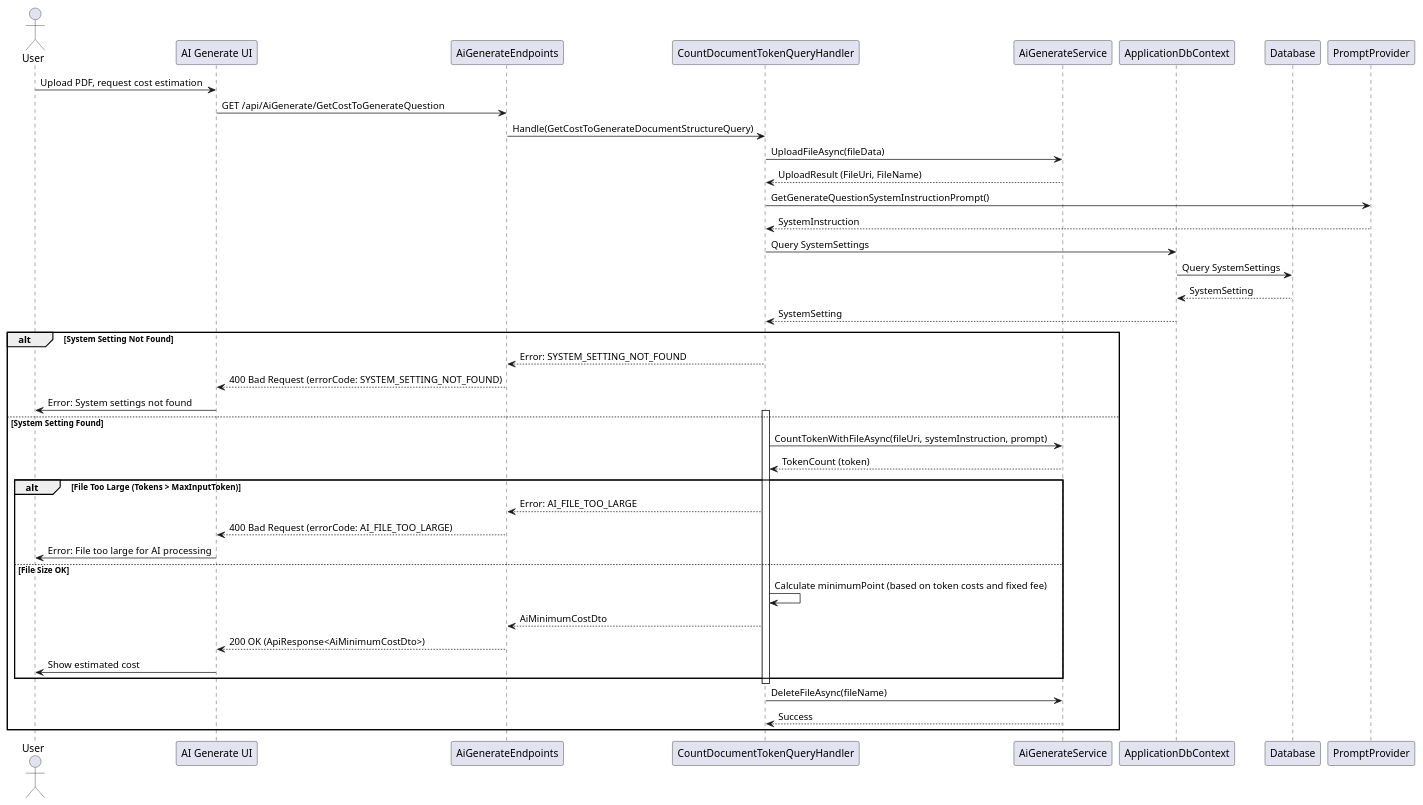
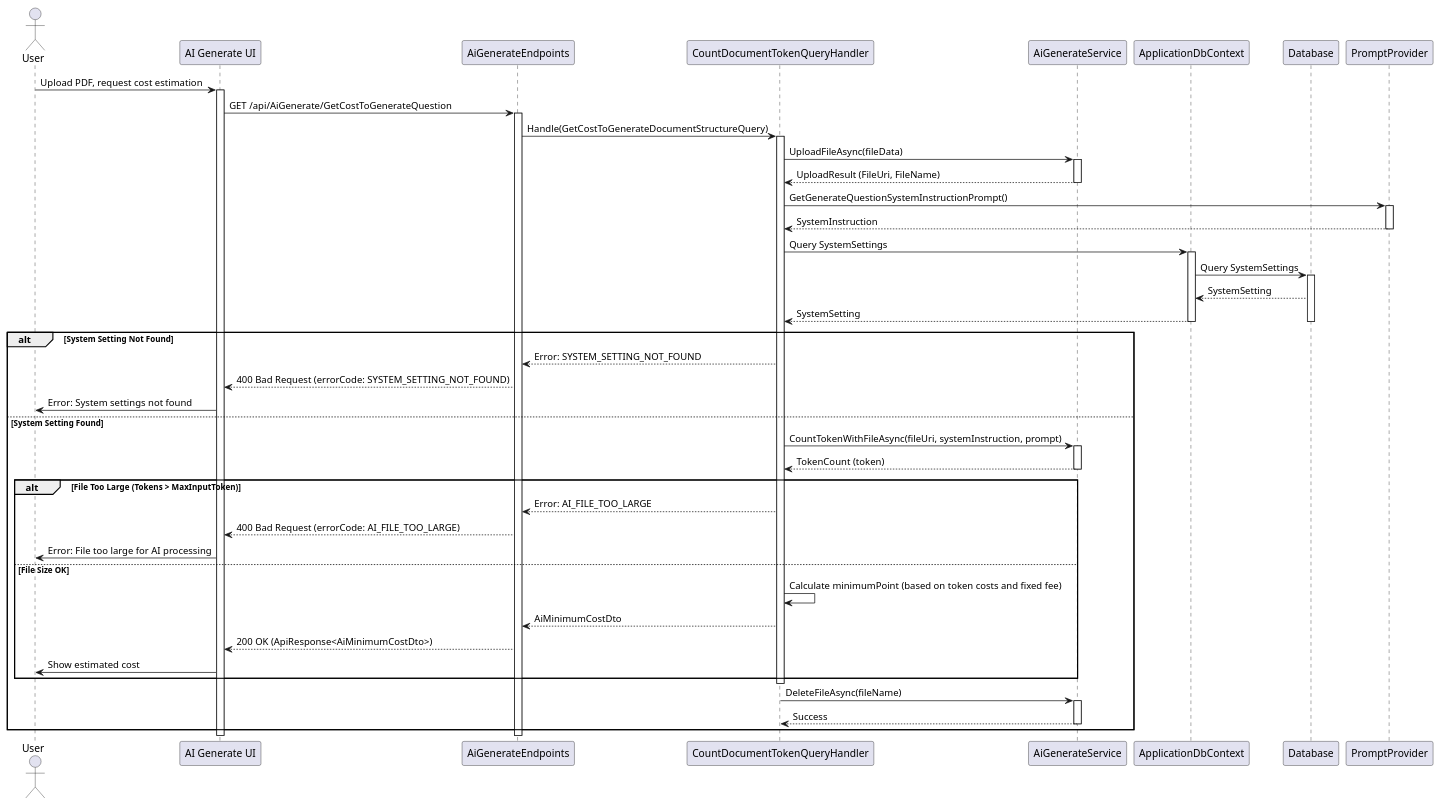
The diagram in AiGenerate/Sequence/GetCostToGenerateQuestionQuery.puml (thanhkhac/SEP_Diagram), drawn with PlantUML before and after one commit. The commit also changed 5 other files, not shown here.

First line of the commit message:
Add activation and deactivation steps to sequence diagrams

```diff
--- a/AiGenerate/Sequence/GetCostToGenerateQuestionQuery.puml
+++ b/AiGenerate/Sequence/GetCostToGenerateQuestionQuery.puml
@@ -1,44 +1,58 @@
 @startuml
 actor User
 participant "AI Generate UI" as UI
 participant AiGenerateEndpoints
 participant CountDocumentTokenQueryHandler as Handler
 participant AiGenerateService
 participant ApplicationDbContext
 participant Database
 participant PromptProvider
 
 User -> UI : Upload PDF, request cost estimation
+activate UI
 UI -> AiGenerateEndpoints : GET /api/AiGenerate/GetCostToGenerateQuestion
+activate AiGenerateEndpoints
 AiGenerateEndpoints -> Handler : Handle(GetCostToGenerateDocumentStructureQuery)
+activate Handler
 Handler -> AiGenerateService : UploadFileAsync(fileData)
+activate AiGenerateService
 AiGenerateService --> Handler : UploadResult (FileUri, FileName)
+deactivate AiGenerateService
 Handler -> PromptProvider : GetGenerateQuestionSystemInstructionPrompt()
+activate PromptProvider
 PromptProvider --> Handler : SystemInstruction
+deactivate PromptProvider
 Handler -> ApplicationDbContext : Query SystemSettings
+activate ApplicationDbContext
 ApplicationDbContext -> Database : Query SystemSettings
+activate Database
 Database --> ApplicationDbContext : SystemSetting
 ApplicationDbContext --> Handler : SystemSetting
+deactivate Database
+deactivate ApplicationDbContext
 alt System Setting Not Found
     Handler --> AiGenerateEndpoints : Error: SYSTEM_SETTING_NOT_FOUND
     AiGenerateEndpoints --> UI : 400 Bad Request (errorCode: SYSTEM_SETTING_NOT_FOUND)
     UI -> User : Error: System settings not found
 else System Setting Found
-    activate Handler
     Handler -> AiGenerateService : CountTokenWithFileAsync(fileUri, systemInstruction, prompt)
+    activate AiGenerateService
     AiGenerateService --> Handler : TokenCount (token)
+    deactivate AiGenerateService
     alt File Too Large (Tokens > MaxInputToken)
         Handler --> AiGenerateEndpoints : Error: AI_FILE_TOO_LARGE
         AiGenerateEndpoints --> UI : 400 Bad Request (errorCode: AI_FILE_TOO_LARGE)
         UI -> User : Error: File too large for AI processing
     else File Size OK
         Handler -> Handler : Calculate minimumPoint (based on token costs and fixed fee)
         Handler --> AiGenerateEndpoints : AiMinimumCostDto
         AiGenerateEndpoints --> UI : 200 OK (ApiResponse<AiMinimumCostDto>)
         UI -> User : Show estimated cost
     end
     deactivate Handler
     Handler -> AiGenerateService : DeleteFileAsync(fileName)
+    activate AiGenerateService
     AiGenerateService --> Handler : Success
+    deactivate AiGenerateService
 end
 @enduml
```
